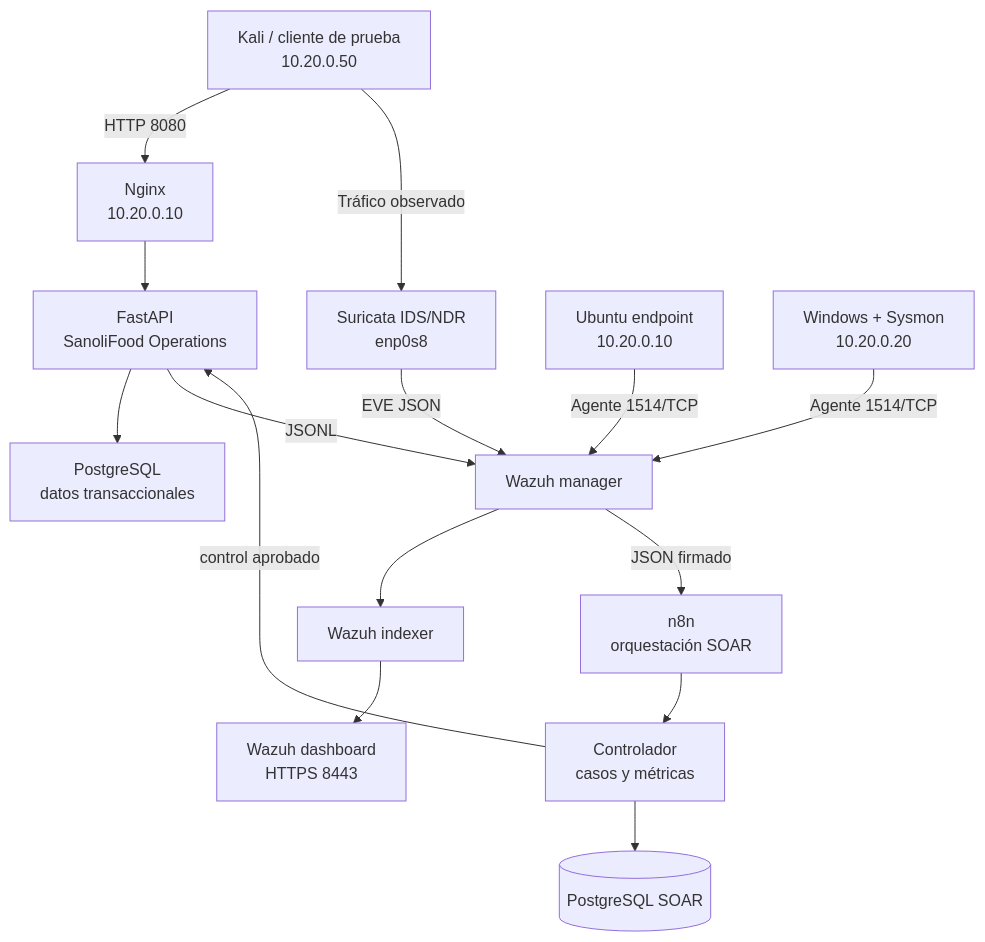
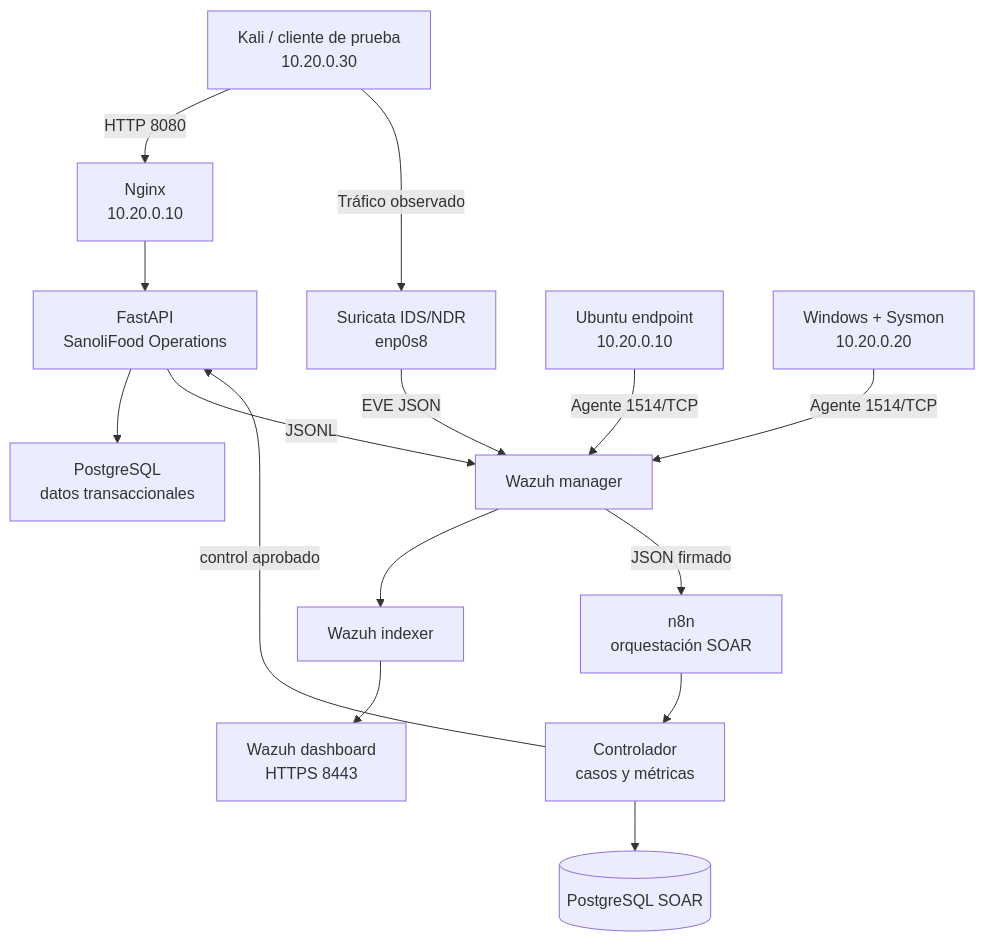
One commit to Jocarsoli2001/sanolifood-soc changed the first of 2 diagrams in README.md. Above: the diagram before and after it, drawn with Mermaid. The commit also changed other lines of this file and 20 other files, not shown here.

````diff
--- a/README.md
+++ b/README.md
@@ -70,17 +71,17 @@
 ```mermaid
 flowchart TD
-    C["Kali / cliente de prueba<br/>10.20.0.50"] -->|HTTP 8080| N["Nginx<br/>10.20.0.10"]
+    C["Kali / cliente de prueba<br/>10.20.0.30"] -->|HTTP 8080| N["Nginx<br/>10.20.0.10"]
     C -->|Tráfico observado| S["Suricata IDS/NDR<br/>enp0s8"]
     N --> A["FastAPI<br/>SanoliFood Operations"]
     A --> P["PostgreSQL<br/>datos transaccionales"]
     A -->|JSONL| W["Wazuh manager"]
     S -->|EVE JSON| W
     U["Ubuntu endpoint<br/>10.20.0.10"] -->|Agente 1514/TCP| W
     X["Windows + Sysmon<br/>10.20.0.20"] -->|Agente 1514/TCP| W
     W --> I["Wazuh indexer"]
     I --> D["Wazuh dashboard<br/>HTTPS 8443"]
     W -->|"JSON firmado"| O["n8n<br/>orquestación SOAR"]
     O --> R["Controlador<br/>casos y métricas"]
     R -->|"control aprobado"| A
     R --> Q[("PostgreSQL SOAR")]
 ```
````
